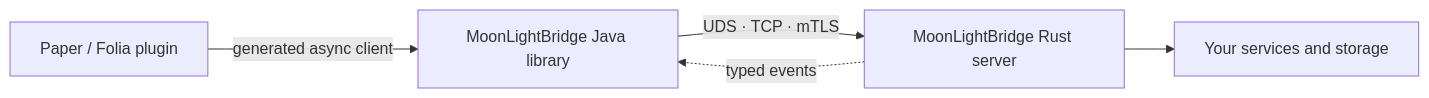
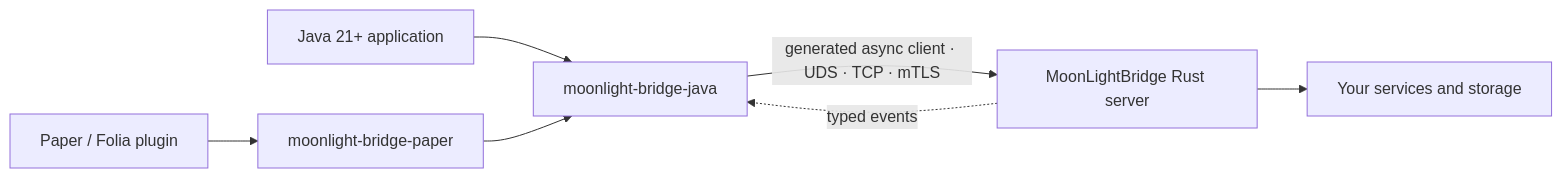
The diagram in README.md (MoonL1ghtProject/MoonLightBridge), drawn with Mermaid before and after one commit. The commit also changed other lines of this file and 56 other files, not shown here.

````diff
--- a/README.md
+++ b/README.md
@@ -32,7 +34,9 @@
 ```mermaid
 flowchart LR
-    P[Paper / Folia plugin] -->|generated async client| J[MoonLightBridge Java library]
-    J -->|UDS · TCP · mTLS| R[MoonLightBridge Rust server]
+    A[Java 21+ application] --> J[moonlight-bridge-java]
+    P[Paper / Folia plugin] --> PA[moonlight-bridge-paper]
+    PA --> J
+    J -->|generated async client · UDS · TCP · mTLS| R[MoonLightBridge Rust server]
     R --> S[Your services and storage]
     R -. typed events .-> J
 ```
````
